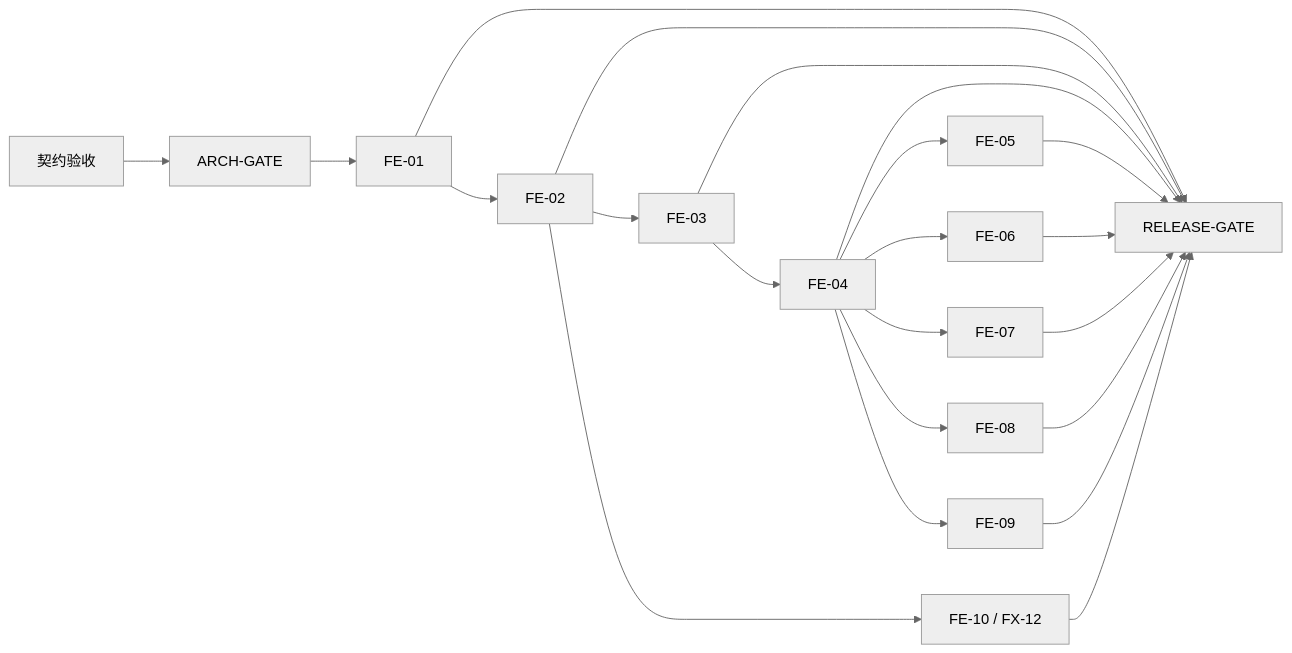
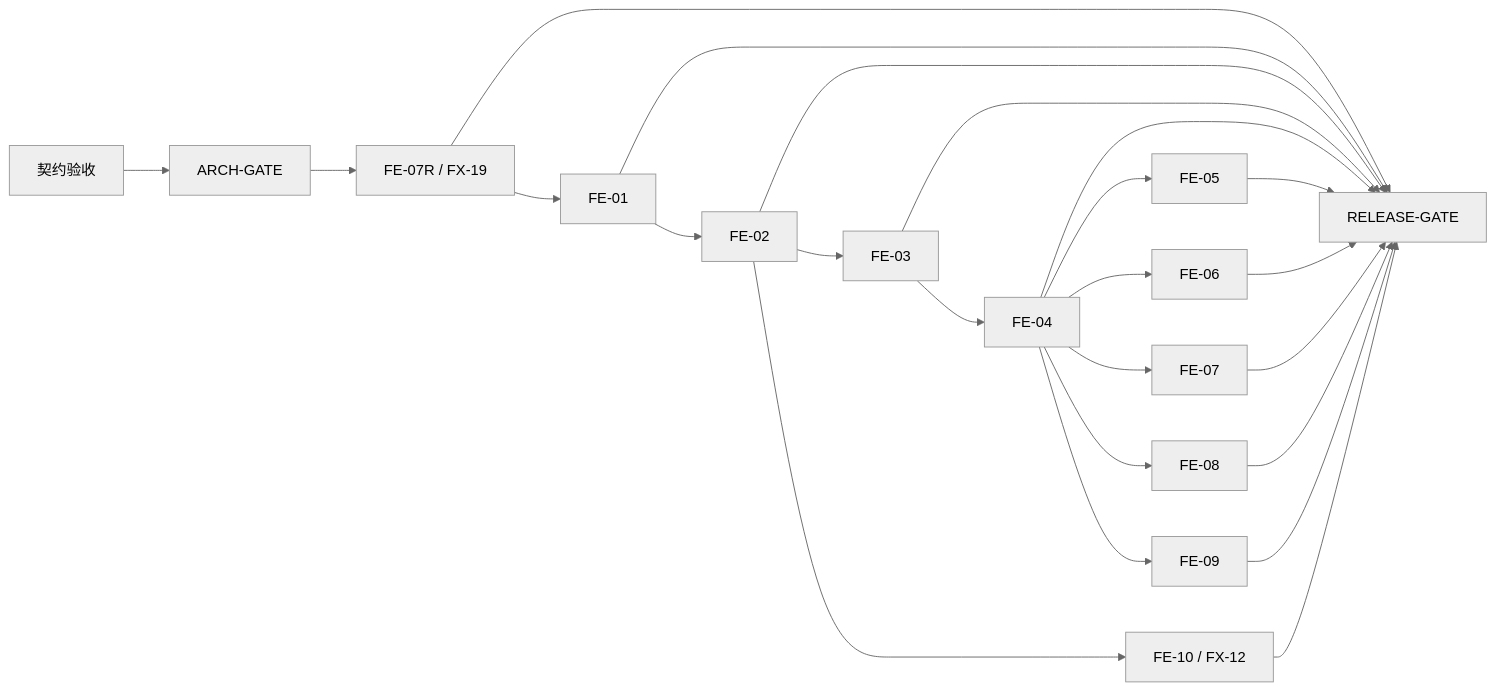
Before and after one commit to shuanzi/agent-config-hub: the diagram in .scratch/agent-config-manager-frontend/README.md, drawn with Mermaid (neutral theme). The commit also changed other lines of this file and 15 other files, not shown here.

````diff
--- a/.scratch/agent-config-manager-frontend/README.md
+++ b/.scratch/agent-config-manager-frontend/README.md
@@ -31,24 +50,26 @@
 ```mermaid
 flowchart LR
     C["契约验收"] --> A["ARCH-GATE"]
-    A --> F1["FE-01"]
+    A --> F7R["FE-07R / FX-19"]
+    F7R --> F1["FE-01"]
     F1 --> F2["FE-02"]
     F2 --> F3["FE-03"]
     F3 --> F4["FE-04"]
     F4 --> F5["FE-05"]
     F4 --> F6["FE-06"]
     F4 --> F7["FE-07"]
     F4 --> F8["FE-08"]
     F4 --> F9["FE-09"]
     F2 --> F10["FE-10 / FX-12"]
+    F7R --> R["RELEASE-GATE"]
     F1 --> R["RELEASE-GATE"]
     F2 --> R
     F3 --> R
     F4 --> R
     F5 --> R
     F6 --> R
     F7 --> R
     F8 --> R
     F9 --> R
     F10 --> R
 ```
````
